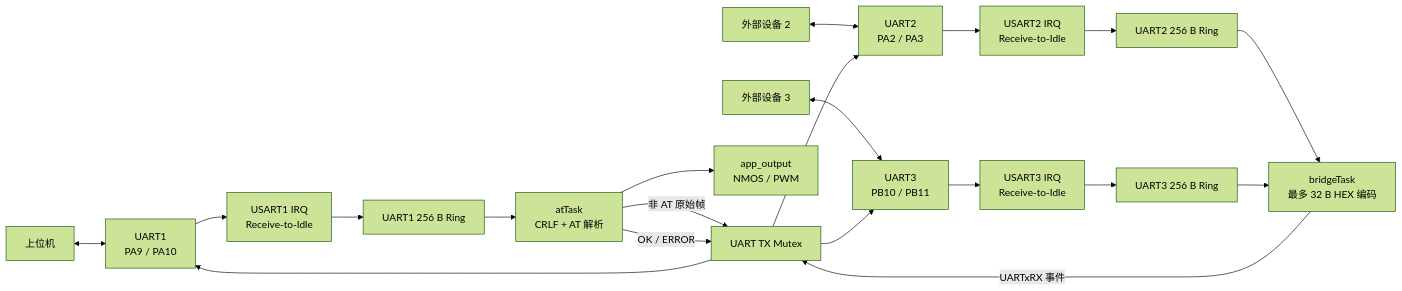
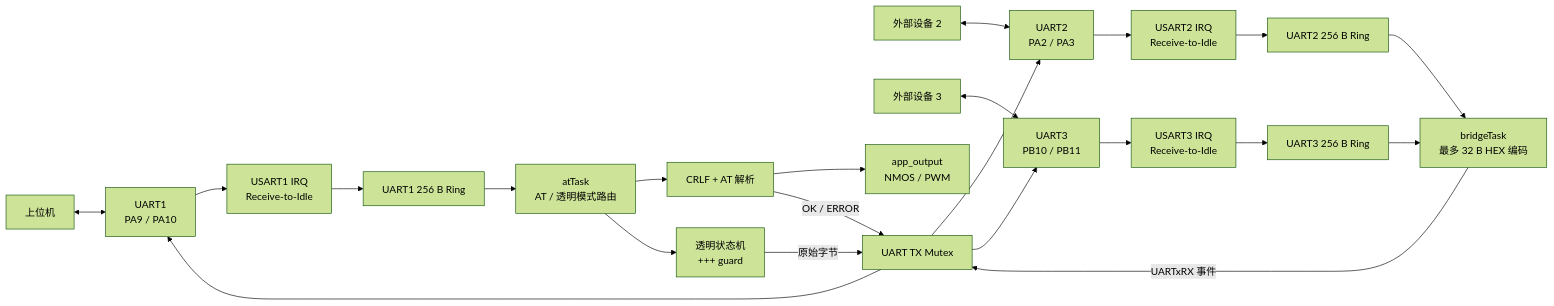
Before and after one commit to qzz19970504/stem-hub-board2: the diagram in README.md, drawn with Mermaid (forest theme). The commit also changed other lines of this file and 3 other files, not shown here.

````diff
--- a/README.md
+++ b/README.md
@@ -132,27 +133,29 @@
 ```mermaid
 flowchart LR
     Host["上位机"] <--> U1["UART1<br/>PA9 / PA10"]
     Dev2["外部设备 2"] <--> U2["UART2<br/>PA2 / PA3"]
     Dev3["外部设备 3"] <--> U3["UART3<br/>PB10 / PB11"]
 
     U1 --> I1["USART1 IRQ<br/>Receive-to-Idle"]
     U2 --> I2["USART2 IRQ<br/>Receive-to-Idle"]
     U3 --> I3["USART3 IRQ<br/>Receive-to-Idle"]
 
     I1 --> R1["UART1 256 B Ring"]
     I2 --> R2["UART2 256 B Ring"]
     I3 --> R3["UART3 256 B Ring"]
 
-    R1 --> AT["atTask<br/>CRLF + AT 解析"]
+    R1 --> Mode["atTask<br/>AT / 透明模式路由"]
+    Mode --> AT["CRLF + AT 解析"]
+    Mode --> Transparent["透明状态机<br/>+++ guard"]
     R2 --> Bridge["bridgeTask<br/>最多 32 B HEX 编码"]
     R3 --> Bridge
 
     AT --> Output["app_output<br/>NMOS / PWM"]
-    AT -->|"非 AT 原始帧"| TX["UART TX Mutex"]
+    Transparent -->|"原始字节"| TX["UART TX Mutex"]
     AT -->|"OK / ERROR"| TX
     Bridge -->|"UARTxRX 事件"| TX
 
     TX --> U1
     TX --> U2
     TX --> U3
 ```
````
